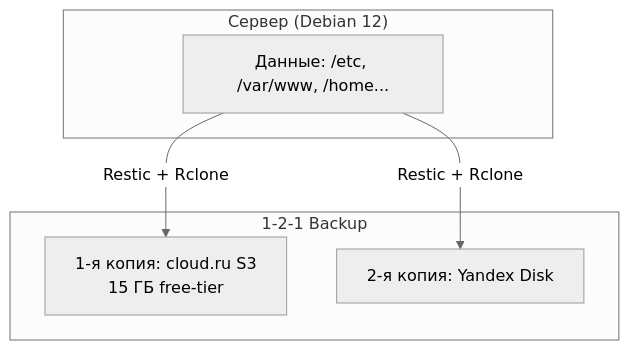
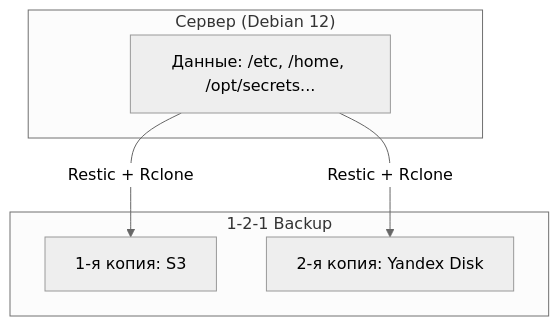
The second of 2 diagrams in README.md (mlenkov/base-mais-server-setup), drawn with Mermaid (neutral theme) before and after one commit. The commit also changed other lines of this file and 18 other files, not shown here.

````diff
--- a/README.md
+++ b/README.md
@@ -116,14 +84,14 @@
 ```mermaid
 graph TD
     subgraph "Сервер (Debian 12)"
-        A[Данные: /etc, /var/www, /home...]
+        A[Данные: /etc, /home, /opt/secrets...]
     end
 
     subgraph "1-2-1 Backup"
-        C[1-я копия: cloud.ru S3<br/>15 ГБ free-tier]
+        C[1-я копия: S3]
         D[2-я копия: Yandex Disk]
     end
 
     A -->|Restic + Rclone| C
     A -->|Restic + Rclone| D
 ```
````
